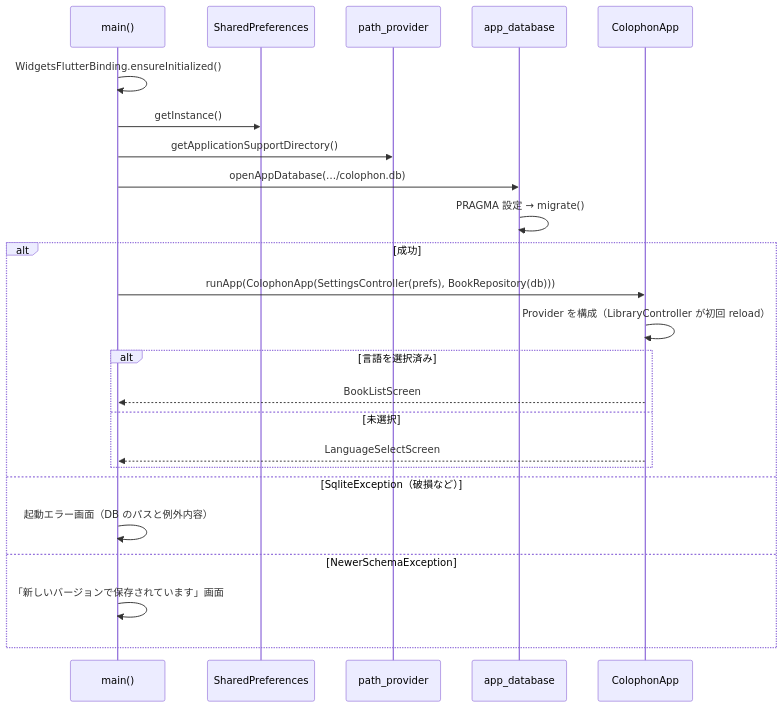
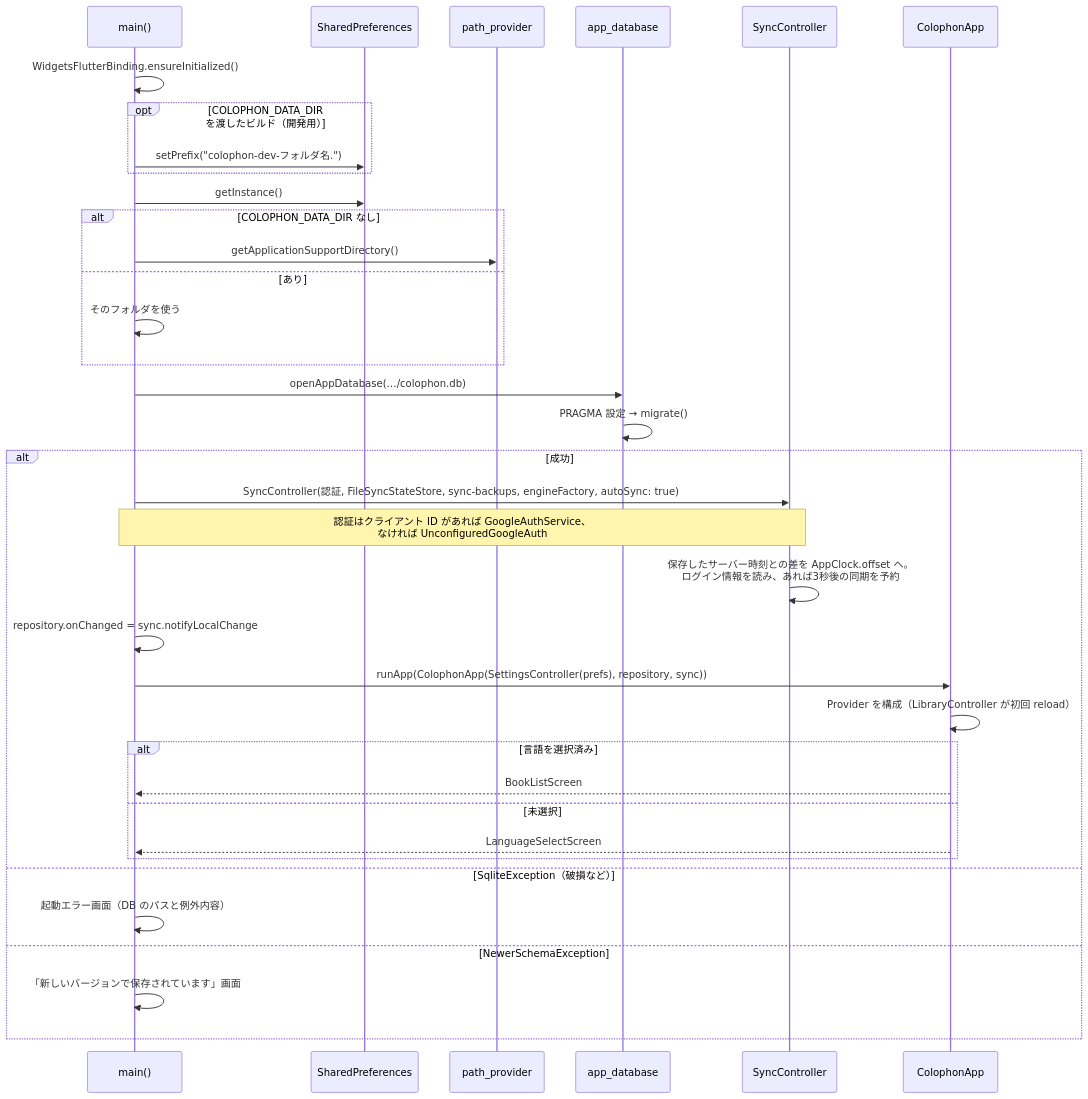
The seventh of 13 diagrams in docs/design/detail-design.ja.md (colophonbooks/colophon), drawn with Mermaid before and after one commit. The commit also changed other lines of this file and 7 other files, not shown here.

First line of the commit message:
Document Google Drive sync

````diff
--- a/docs/design/detail-design.ja.md
+++ b/docs/design/detail-design.ja.md
@@ -694,27 +787,39 @@
 ```mermaid
 sequenceDiagram
     participant M as main()
     participant SP as SharedPreferences
     participant PP as path_provider
     participant DB as app_database
+    participant S as SyncController
     participant A as ColophonApp
 
     M->>M: WidgetsFlutterBinding.ensureInitialized()
+    opt COLOPHON_DATA_DIR を渡したビルド（開発用）
+        M->>SP: setPrefix("colophon-dev-フォルダ名.")
+    end
     M->>SP: getInstance()
-    M->>PP: getApplicationSupportDirectory()
+    alt COLOPHON_DATA_DIR なし
+        M->>PP: getApplicationSupportDirectory()
+    else あり
+        M->>M: そのフォルダを使う
+    end
     M->>DB: openAppDatabase(…/colophon.db)
     DB->>DB: PRAGMA 設定 → migrate()
     alt 成功
-        M->>A: runApp(ColophonApp(SettingsController(prefs), BookRepository(db)))
+        M->>S: SyncController(認証, FileSyncStateStore, sync-backups, engineFactory, autoSync: true)
+        Note over M,S: 認証はクライアント ID があれば GoogleAuthService、<br/>なければ UnconfiguredGoogleAuth
+        S->>S: 保存したサーバー時刻との差を AppClock.offset へ。<br/>ログイン情報を読み、あれば3秒後の同期を予約
+        M->>M: repository.onChanged = sync.notifyLocalChange
+        M->>A: runApp(ColophonApp(SettingsController(prefs), repository, sync))
         A->>A: Provider を構成（LibraryController が初回 reload）
         alt 言語を選択済み
             A-->>M: BookListScreen
         else 未選択
             A-->>M: LanguageSelectScreen
         end
     else SqliteException（破損など）
         M->>M: 起動エラー画面（DB のパスと例外内容）
     else NewerSchemaException
         M->>M: 「新しいバージョンで保存されています」画面
     end
 ```
````
